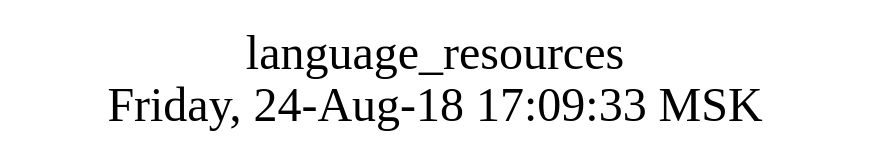
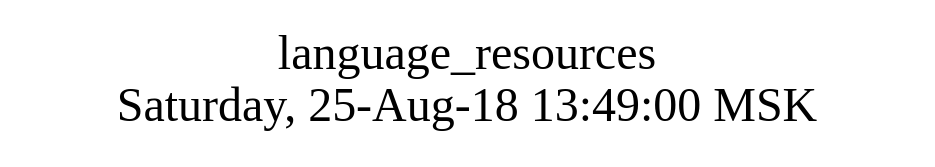
One commit to AlexZeDim/apps changed the diagram in src/language_resources/struct.dot. Above: the diagram before and after it, drawn with Graphviz. The commit also changed 6 other files, not shown here.

```diff
--- a/src/language_resources/struct.dot
+++ b/src/language_resources/struct.dot
@@ -1,10 +1,10 @@
 digraph G {
 graph [
   fontsize="24";
-  label="language_resources\nFriday, 24-Aug-18 17:09:33 MSK";
+  label="language_resources\nSaturday, 25-Aug-18 13:49:00 MSK";
   nojustify=true;
   ordering=out;
   rankdir=LR;
   size="30";
 ];
 }
```
